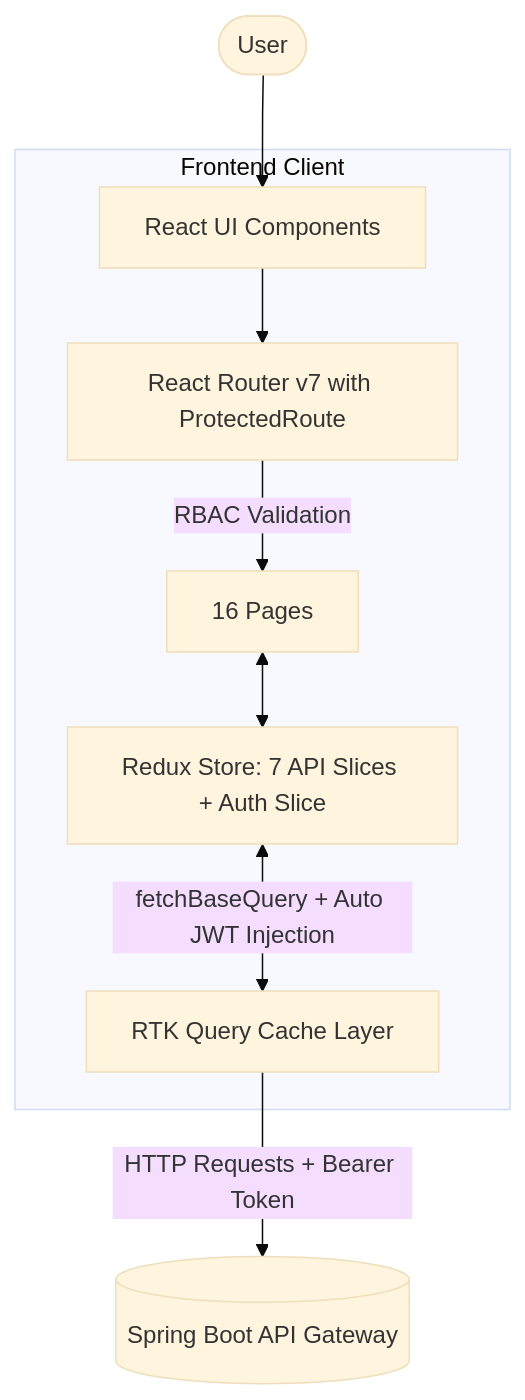
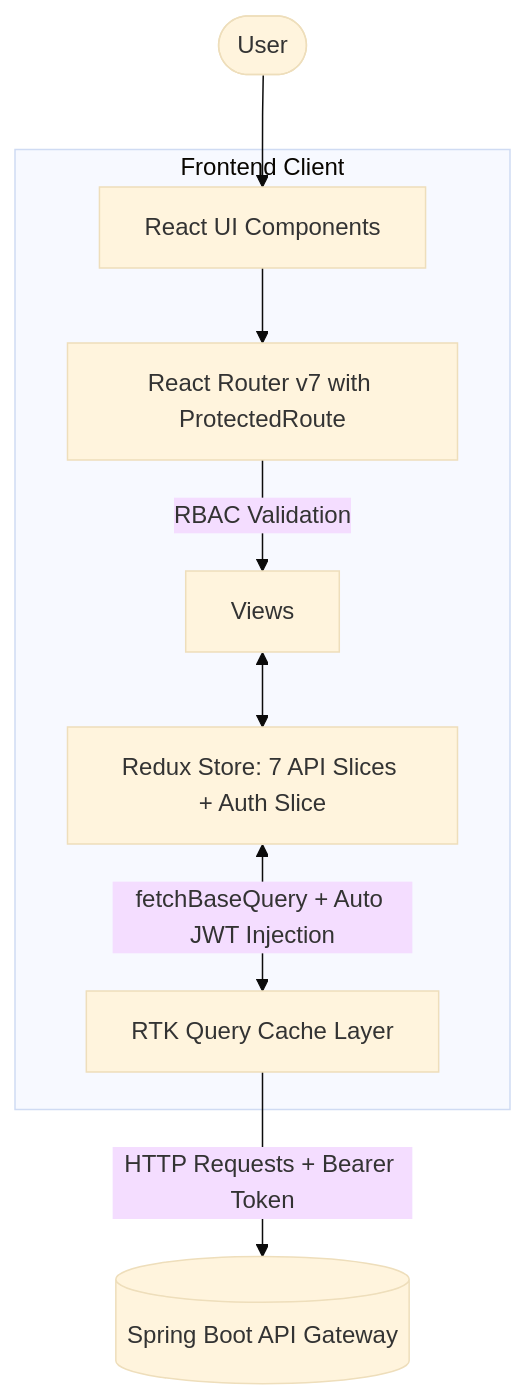
The second of 4 diagrams in README.md (amanshukla2004/Agentic_blog_generation_Saas), drawn with Mermaid (base theme) before and after one commit. The commit also changed other lines of this file, not shown here.

````diff
--- a/README.md
+++ b/README.md
@@ -79,14 +79,14 @@
 ```mermaid
 flowchart TD
     User([User]) --> UI[React UI Components]
     
     subgraph Frontend Client
         UI --> Router[React Router v7 with ProtectedRoute]
-        Router -->|RBAC Validation| Views[16 Pages]
+        Router -->|RBAC Validation| Views
         
         Views <--> Store[Redux Store: 7 API Slices + Auth Slice]
         Store <-->|fetchBaseQuery + Auto JWT Injection| RTK[RTK Query Cache Layer]
     end
     
     RTK -->|HTTP Requests + Bearer Token| Gateway[(Spring Boot API Gateway)]
 ```
````
